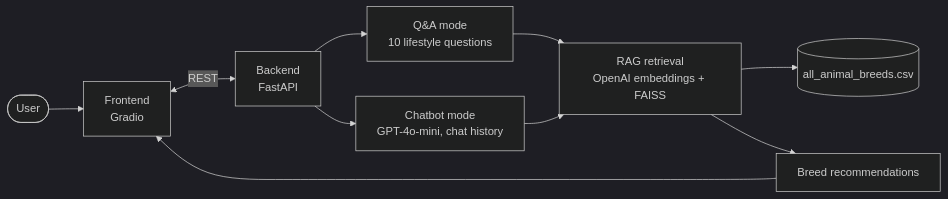
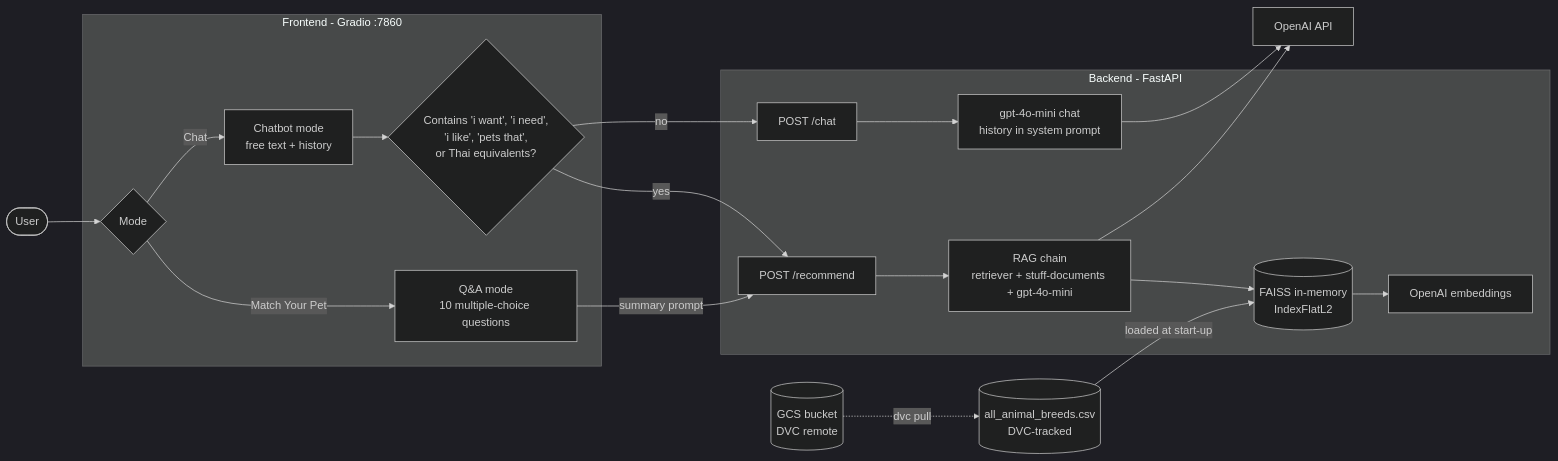
Before and after one commit to Dxrksvng/pet-match-mlops: the first of 3 diagrams in README.md, drawn with Mermaid (dark theme). The commit also changed other lines of this file, not shown here.

Commit message:
docs: rewrite README with architecture, flows and tech stack (#2)

````diff
--- a/README.md
+++ b/README.md
@@ -19,12 +80,40 @@
 ```mermaid
 flowchart LR
-    U(["User"]) --> FE["Frontend\nGradio"]
-    FE <-->|"REST"| BE["Backend\nFastAPI"]
-    BE --> Q["Q&A mode\n10 lifestyle questions"]
-    BE --> C["Chatbot mode\nGPT-4o-mini, chat history"]
-    Q --> RAG["RAG retrieval\nOpenAI embeddings + FAISS"]
-    RAG --> CSV[("all_animal_breeds.csv")]
-    C --> RAG
-    RAG --> R["Breed recommendations"]
-    R --> FE
+    User(["User"])
+
+    subgraph FE["Frontend - Gradio :7860"]
+        Mode{"Mode"}
+        QA["Q&A mode\n10 multiple-choice questions"]
+        CB["Chatbot mode\nfree text + history"]
+        Route{"Contains 'i want', 'i need',\n'i like', 'pets that',\nor Thai equivalents?"}
+    end
+
+    subgraph BE["Backend - FastAPI"]
+        Rec["POST /recommend"]
+        Chat["POST /chat"]
+        Chain["RAG chain\nretriever + stuff-documents + gpt-4o-mini"]
+        VS[("FAISS in-memory\nIndexFlatL2")]
+        Emb["OpenAI embeddings"]
+        Plain["gpt-4o-mini chat\nhistory in system prompt"]
+    end
+
+    CSV[("all_animal_breeds.csv\nDVC-tracked")]
+    GCS[("GCS bucket\nDVC remote")]
+    OAI["OpenAI API"]
+
+    User --> Mode
+    Mode -- "Match Your Pet" --> QA
+    Mode -- "Chat" --> CB
+    QA -- "summary prompt" --> Rec
+    CB --> Route
+    Route -- "yes" --> Rec
+    Route -- "no" --> Chat
+    Rec --> Chain
+    Chain --> VS
+    VS --> Emb
+    Chain --> OAI
+    Chat --> Plain
+    Plain --> OAI
+    CSV -- "loaded at start-up" --> VS
+    GCS -. "dvc pull" .-> CSV
 ```
````
